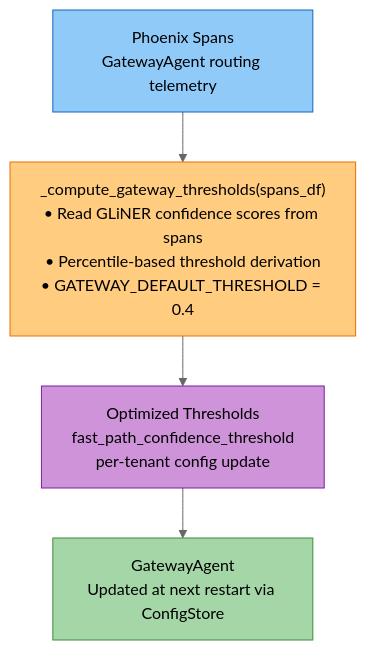
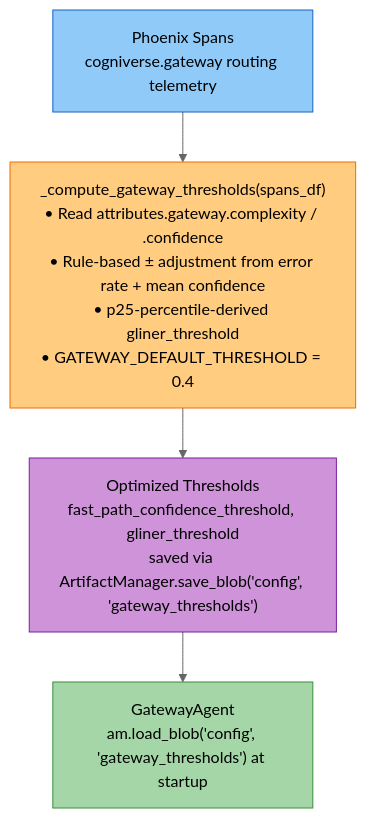
One commit to amit-jain/cogniverse changed the second of 4 diagrams in docs/modules/optimization.md. Above: the diagram before and after it, drawn with Mermaid (neutral theme). The commit also changed other lines of this file and 50 other files, not shown here.

First line of the commit message:
Complete and verify docs against code with mermaid palette

````diff
--- a/docs/modules/optimization.md
+++ b/docs/modules/optimization.md
@@ -104,15 +168,15 @@
 ```mermaid
 flowchart TB
-    Phoenix["<span style='color:#000'>Phoenix Spans<br/>GatewayAgent routing telemetry</span>"]
+    Phoenix["<span style='color:#000'>Phoenix Spans<br/>cogniverse.gateway routing telemetry</span>"]
 
-    Phoenix --> Compute["<span style='color:#000'>_compute_gateway_thresholds(spans_df)<br/>• Read GLiNER confidence scores from spans<br/>• Percentile-based threshold derivation<br/>• GATEWAY_DEFAULT_THRESHOLD = 0.4</span>"]
+    Phoenix --> Compute["<span style='color:#000'>_compute_gateway_thresholds(spans_df)<br/>• Read attributes.gateway.complexity / .confidence<br/>• Rule-based ± adjustment from error rate + mean confidence<br/>• p25-percentile-derived gliner_threshold<br/>• GATEWAY_DEFAULT_THRESHOLD = 0.4</span>"]
 
-    Compute --> Thresholds["<span style='color:#000'>Optimized Thresholds<br/>fast_path_confidence_threshold<br/>per-tenant config update</span>"]
+    Compute --> Thresholds["<span style='color:#000'>Optimized Thresholds<br/>fast_path_confidence_threshold, gliner_threshold<br/>saved via ArtifactManager.save_blob('config', 'gateway_thresholds')</span>"]
 
-    Thresholds --> Gateway["<span style='color:#000'>GatewayAgent<br/>Updated at next restart via ConfigStore</span>"]
+    Thresholds --> Gateway["<span style='color:#000'>GatewayAgent<br/>am.load_blob('config', 'gateway_thresholds') at startup</span>"]
 
     style Phoenix fill:#90caf9,stroke:#1565c0,color:#000
     style Compute fill:#ffcc80,stroke:#ef6c00,color:#000
     style Thresholds fill:#ce93d8,stroke:#7b1fa2,color:#000
     style Gateway fill:#a5d6a7,stroke:#388e3c,color:#000
 ```
````
